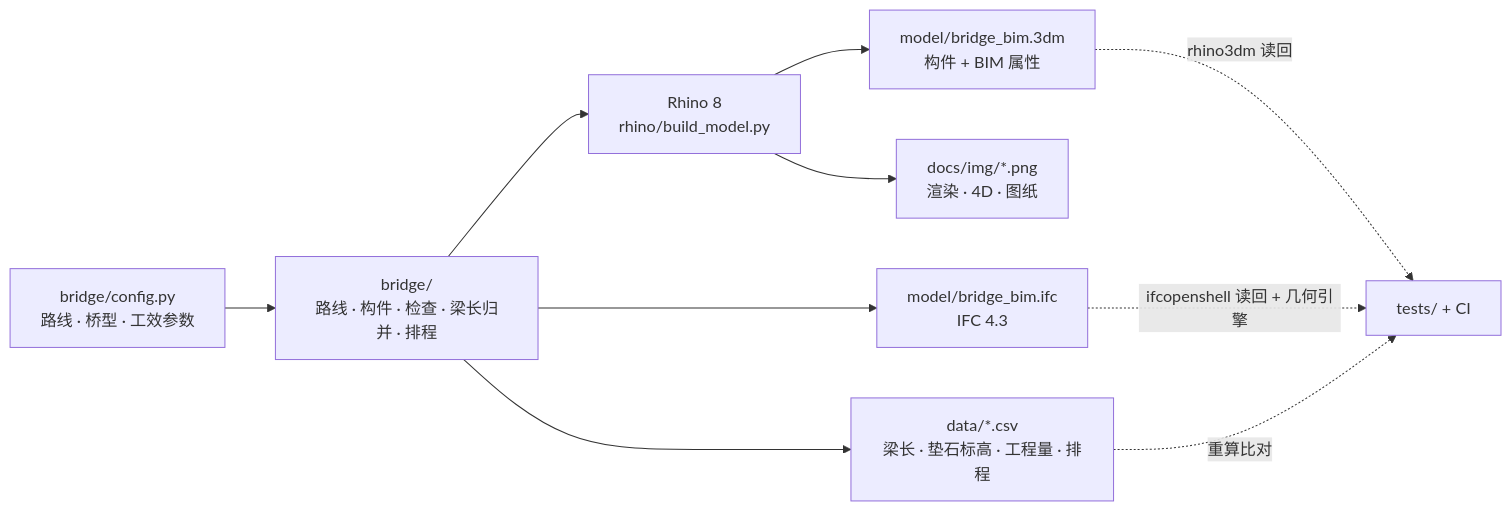
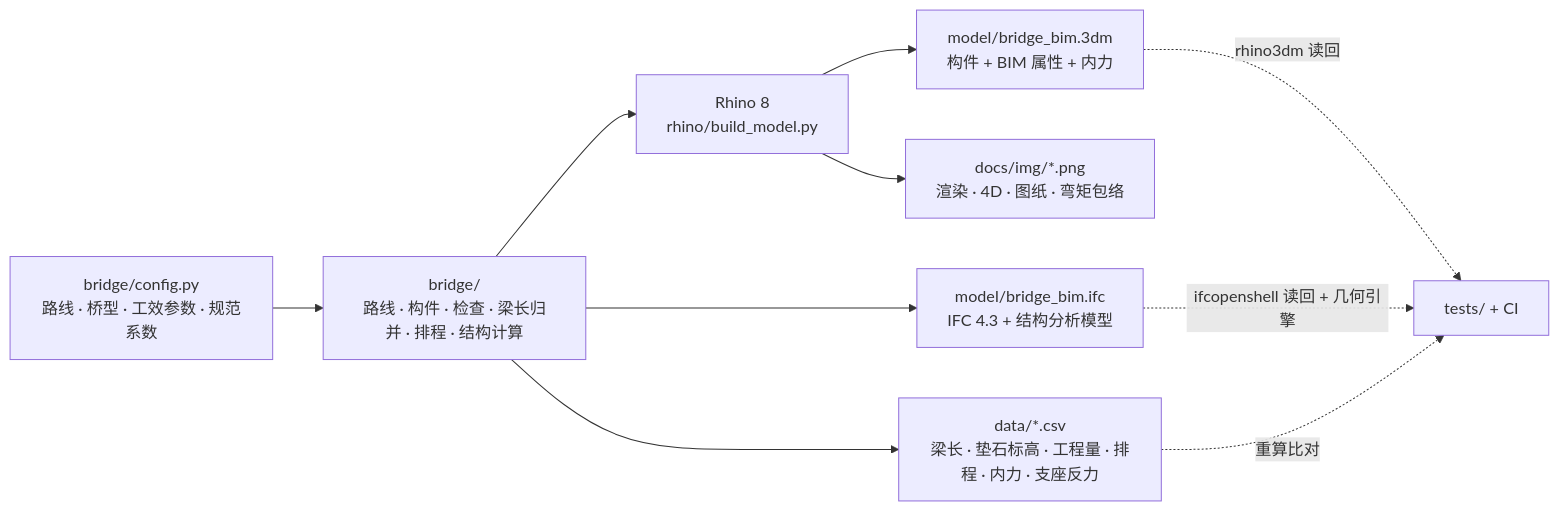
One commit to LUOaini1213/bridge-bim changed the diagram in README.md. Above: the diagram before and after it, drawn with Mermaid. The commit also changed other lines of this file and 36 other files, not shown here.

````diff
--- a/README.md
+++ b/README.md
@@ -31,12 +39,12 @@
 ```mermaid
 flowchart LR
-  cfg["bridge/config.py<br/>路线 · 桥型 · 工效参数"] --> core["bridge/<br/>路线 · 构件 · 检查 · 梁长归并 · 排程"]
+  cfg["bridge/config.py<br/>路线 · 桥型 · 工效参数 · 规范系数"] --> core["bridge/<br/>路线 · 构件 · 检查 · 梁长归并 · 排程 · 结构计算"]
   core --> rh["Rhino 8<br/>rhino/build_model.py"]
-  rh --> m3["model/bridge_bim.3dm<br/>构件 + BIM 属性"]
-  rh --> img["docs/img/*.png<br/>渲染 · 4D · 图纸"]
-  core --> ifc["model/bridge_bim.ifc<br/>IFC 4.3"]
-  core --> csv["data/*.csv<br/>梁长 · 垫石标高 · 工程量 · 排程"]
+  rh --> m3["model/bridge_bim.3dm<br/>构件 + BIM 属性 + 内力"]
+  rh --> img["docs/img/*.png<br/>渲染 · 4D · 图纸 · 弯矩包络"]
+  core --> ifc["model/bridge_bim.ifc<br/>IFC 4.3 + 结构分析模型"]
+  core --> csv["data/*.csv<br/>梁长 · 垫石标高 · 工程量 · 排程 · 内力 · 支座反力"]
   m3 -. rhino3dm 读回 .-> ci["tests/ + CI"]
   ifc -. ifcopenshell 读回 + 几何引擎 .-> ci
   csv -. 重算比对 .-> ci
 ```
````
